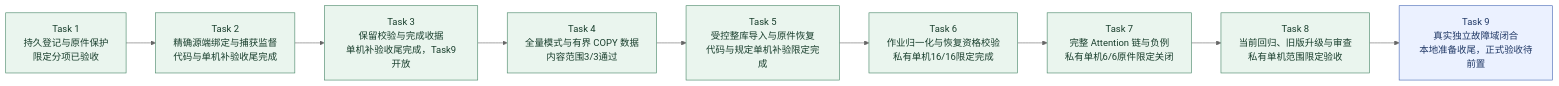
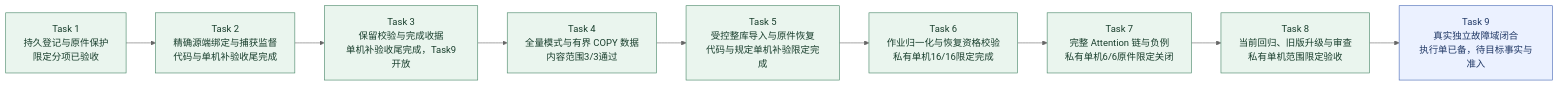
The second of 9 diagrams in docs/KnowWeave实施路线与系统架构.md (MansurnamedZhang/learning-system-p0c4), drawn with Mermaid (neutral theme) before and after one commit. The commit also changed other lines of this file and 9 other files, not shown here.

````diff
--- a/docs/KnowWeave实施路线与系统架构.md
+++ b/docs/KnowWeave实施路线与系统架构.md
@@ -80,25 +80,25 @@
 ```mermaid
 flowchart LR
     C4T1["Task 1<br/>持久登记与原件保护<br/>限定分项已验收"]
     C4T2["Task 2<br/>精确源端绑定与捕获监督<br/>代码与单机补验收尾完成"]
     C4T3["Task 3<br/>保留校验与完成收据<br/>单机补验收尾完成，Task9开放"]
     C4T4["Task 4<br/>全量模式与有界 COPY 数据<br/>内容范围3/3通过"]
     C4T5["Task 5<br/>受控整库导入与原件恢复<br/>代码与规定单机补验限定完成"]
     C4T6["Task 6<br/>作业归一化与恢复资格校验<br/>私有单机16/16限定完成"]
     C4T7["Task 7<br/>完整 Attention 链与负例<br/>私有单机6/6原件限定关闭"]
     C4T8["Task 8<br/>当前回归、旧版升级与审查<br/>私有单机范围限定验收"]
-    C4T9["Task 9<br/>真实独立故障域闭合<br/>本地准备收尾，正式验收待前置"]
+    C4T9["Task 9<br/>真实独立故障域闭合<br/>执行单已备，待目标事实与准入"]
     C4T1 --> C4T2
     C4T2 --> C4T3
     C4T3 --> C4T4
     C4T4 --> C4T5
     C4T5 --> C4T6
     C4T6 --> C4T7
     C4T7 --> C4T8
     C4T8 --> C4T9
     class C4T1,C4T2,C4T3,C4T4,C4T5,C4T6,C4T7,C4T8 done
     class C4T9 next
     classDef done fill:#eaf5ee,stroke:#438363,color:#173d2b
     classDef next fill:#ebf1ff,stroke:#4365b4,color:#203866
     classDef planned fill:#f2f4f8,stroke:#8591a3,color:#28354b
 ```
````
